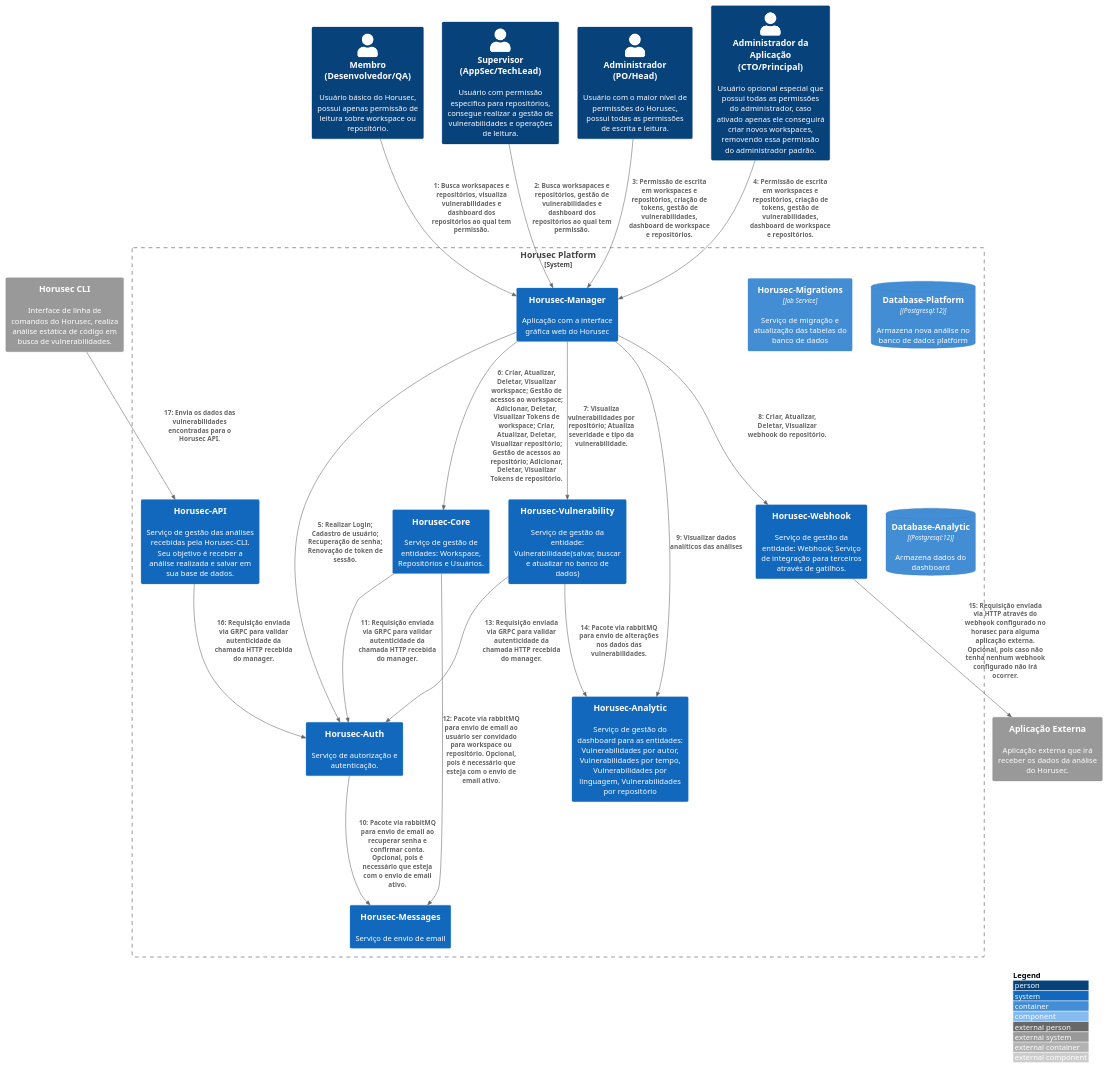
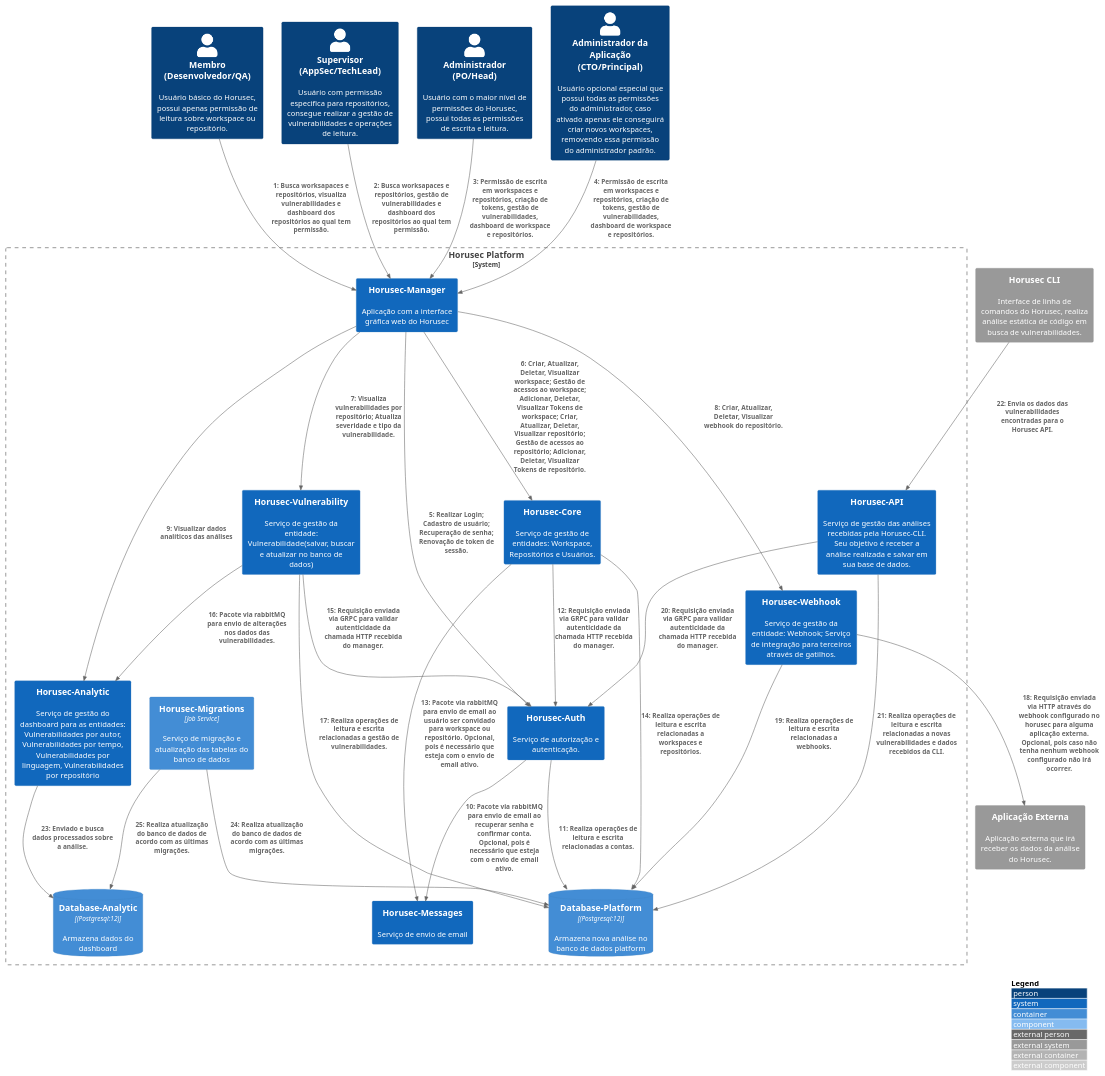
One commit to ZupIT/horusec-c4model changed the diagram in src/Horusec-Platform/C2-Model/c2.puml. Above: the diagram before and after it, drawn with PlantUML. The commit also changed 1 other file, not shown here.

```diff
--- a/src/Horusec-Platform/C2-Model/c2.puml
+++ b/src/Horusec-Platform/C2-Model/c2.puml
@@ -1,60 +1,70 @@
 @startuml horusec-platform-c2
 !include https://raw.githubusercontent.com/adrianvlupu/C4-PlantUML/latest/C4_Context.puml
 !include https://raw.githubusercontent.com/adrianvlupu/C4-PlantUML/latest/C4_Component.puml
 !include https://raw.githubusercontent.com/adrianvlupu/C4-PlantUML/latest/C4_Container.puml
 !include https://raw.githubusercontent.com/adrianvlupu/C4-PlantUML/latest/C4_Deployment.puml
 !include https://raw.githubusercontent.com/adrianvlupu/C4-PlantUML/latest/C4_Dynamic.puml
 
 LAYOUT_WITH_LEGEND()
 
 Person(developer, "Membro (Desenvolvedor/QA)", "Usuário básico do Horusec, possui apenas permissão de leitura sobre workspace ou repositório.")
 Person(supervisor, "Supervisor (AppSec/TechLead)", "Usuário com permissão especifica para repositórios, consegue realizar a gestão de vulnerabilidades e operações de leitura.")
 Person(admin, "Administrador (PO/Head)", "Usuário com o maior nível de permissões do Horusec, possui todas as permissões de escrita e leitura.")
 Person(applicationAdmin, "Administrador da Aplicação (CTO/Principal)", "Usuário opcional especial que possui todas as permissões do administrador, caso ativado apenas ele conseguirá criar novos workspaces, removendo essa permissão do administrador padrão.")
 
 System_Boundary(horusecPlatform, "Horusec Platform") {
-  System(HorusecManager, "Horusec-Manager", "Aplicação com a interface gráfica web do Horusec")
-  System(HorusecAuth, "Horusec-Auth", "Serviço de autorização e autenticação.")
-  System(HorusecCore, "Horusec-Core", "Serviço de gestão de entidades: Workspace, Repositórios e Usuários.")
-  System(HorusecVulnerability, "Horusec-Vulnerability", "Serviço de gestão da entidade: Vulnerabilidade(salvar, buscar e atualizar no banco de dados)")
-  System(HorusecWebhook, "Horusec-Webhook", "Serviço de gestão da entidade: Webhook; Serviço de integração para terceiros através de gatilhos.")
-  System(HorusecAnalytic, "Horusec-Analytic", "Serviço de gestão do dashboard para as entidades: Vulnerabilidades por autor, Vulnerabilidades por tempo, Vulnerabilidades por linguagem, Vulnerabilidades por repositório")
-  System(HorusecAPI, "Horusec-API", "Serviço de gestão das análises recebidas pela Horusec-CLI. Seu objetivo é receber a análise realizada e salvar em sua base de dados.")
-  System(HorusecMessages, "Horusec-Messages", "Serviço de envio de email")
+  System(horusecManager, "Horusec-Manager", "Aplicação com a interface gráfica web do Horusec")
+  System(horusecAuth, "Horusec-Auth", "Serviço de autorização e autenticação.")
+  System(horusecCore, "Horusec-Core", "Serviço de gestão de entidades: Workspace, Repositórios e Usuários.")
+  System(horusecVulnerability, "Horusec-Vulnerability", "Serviço de gestão da entidade: Vulnerabilidade(salvar, buscar e atualizar no banco de dados)")
+  System(horusecWebhook, "Horusec-Webhook", "Serviço de gestão da entidade: Webhook; Serviço de integração para terceiros através de gatilhos.")
+  System(horusecAnalytic, "Horusec-Analytic", "Serviço de gestão do dashboard para as entidades: Vulnerabilidades por autor, Vulnerabilidades por tempo, Vulnerabilidades por linguagem, Vulnerabilidades por repositório")
+  System(horusecAPI, "Horusec-API", "Serviço de gestão das análises recebidas pela Horusec-CLI. Seu objetivo é receber a análise realizada e salvar em sua base de dados.")
+  System(horusecMessages, "Horusec-Messages", "Serviço de envio de email")
 
-  Container(HorusecMigrations, "Horusec-Migrations", "Job Service", "Serviço de migração e atualização das tabelas do banco de dados")
+  Container(horusecMigrations, "Horusec-Migrations", "Job Service", "Serviço de migração e atualização das tabelas do banco de dados")
 
-  ContainerDb(HorusecPlatformDatabase, "Database-Platform", "(Postgresql:12)", "Armazena nova análise no banco de dados platform")
-  ContainerDb(HorusecAnalyticDatabase, "Database-Analytic", "(Postgresql:12)", "Armazena dados do dashboard")
+  ContainerDb(horusecPlatformDatabase, "Database-Platform", "(Postgresql:12)", "Armazena nova análise no banco de dados platform")
+  ContainerDb(horusecAnalyticDatabase, "Database-Analytic", "(Postgresql:12)", "Armazena dados do dashboard")
 }
 
 System_Ext(horusecCLI, "Horusec CLI", "Interface de linha de comandos do Horusec, realiza análise estática de código em busca de vulnerabilidades.")
 System_Ext(externalAPP, "Aplicação Externa", "Aplicação externa que irá receber os dados da análise do Horusec.")
 
-Rel(developer, HorusecManager, "Busca worksapaces e repositórios, visualiza vulnerabilidades e dashboard dos repositórios ao qual tem permissão.")
-Rel(supervisor, HorusecManager, "Busca worksapaces e repositórios, gestão de vulnerabilidades e dashboard dos repositórios ao qual tem permissão.")
-Rel(admin, HorusecManager, "Permissão de escrita em workspaces e repositórios, criação de tokens, gestão de vulnerabilidades, dashboard de workspace e repositórios.")
-Rel(applicationAdmin, HorusecManager, "Permissão de escrita em workspaces e repositórios, criação de tokens, gestão de vulnerabilidades, dashboard de workspace e repositórios.")
+Rel(developer, horusecManager, "Busca worksapaces e repositórios, visualiza vulnerabilidades e dashboard dos repositórios ao qual tem permissão.")
+Rel(supervisor, horusecManager, "Busca worksapaces e repositórios, gestão de vulnerabilidades e dashboard dos repositórios ao qual tem permissão.")
+Rel(admin, horusecManager, "Permissão de escrita em workspaces e repositórios, criação de tokens, gestão de vulnerabilidades, dashboard de workspace e repositórios.")
+Rel(applicationAdmin, horusecManager, "Permissão de escrita em workspaces e repositórios, criação de tokens, gestão de vulnerabilidades, dashboard de workspace e repositórios.")
 
 
-Rel(HorusecManager, HorusecAuth, "Realizar Login; Cadastro de usuário; Recuperação de senha; Renovação de token de sessão.")
-Rel(HorusecManager, HorusecCore, "Criar, Atualizar, Deletar, Visualizar workspace; Gestão de acessos ao workspace; Adicionar, Deletar, Visualizar Tokens de workspace; Criar, Atualizar, Deletar, Visualizar repositório; Gestão de acessos ao repositório; Adicionar, Deletar, Visualizar Tokens de repositório.")
-Rel(HorusecManager, HorusecVulnerability, "Visualiza vulnerabilidades por repositório; Atualiza severidade e tipo da vulnerabilidade.")
-Rel(HorusecManager, HorusecWebhook, "Criar, Atualizar, Deletar, Visualizar webhook do repositório.")
-Rel(HorusecManager, HorusecAnalytic, "Visualizar dados analíticos das análises")
+Rel(horusecManager, horusecAuth, "Realizar Login; Cadastro de usuário; Recuperação de senha; Renovação de token de sessão.")
+Rel(horusecManager, horusecCore, "Criar, Atualizar, Deletar, Visualizar workspace; Gestão de acessos ao workspace; Adicionar, Deletar, Visualizar Tokens de workspace; Criar, Atualizar, Deletar, Visualizar repositório; Gestão de acessos ao repositório; Adicionar, Deletar, Visualizar Tokens de repositório.")
+Rel(horusecManager, horusecVulnerability, "Visualiza vulnerabilidades por repositório; Atualiza severidade e tipo da vulnerabilidade.")
+Rel(horusecManager, horusecWebhook, "Criar, Atualizar, Deletar, Visualizar webhook do repositório.")
+Rel(horusecManager, horusecAnalytic, "Visualizar dados analíticos das análises")
 
-Rel(HorusecAuth, HorusecMessages, "Pacote via rabbitMQ para envio de email ao recuperar senha e confirmar conta. Opcional, pois é necessário que esteja com o envio de email ativo.")
+Rel(horusecAuth, horusecMessages, "Pacote via rabbitMQ para envio de email ao recuperar senha e confirmar conta. Opcional, pois é necessário que esteja com o envio de email ativo.")
+Rel(horusecAuth, horusecPlatformDatabase, "Realiza operações de leitura e escrita relacionadas a contas.")
 
-Rel(HorusecCore, HorusecAuth, "Requisição enviada via GRPC para validar autenticidade da chamada HTTP recebida do manager.")
-Rel(HorusecCore, HorusecMessages, "Pacote via rabbitMQ para envio de email ao usuário ser convidado para workspace ou repositório. Opcional, pois é necessário que esteja com o envio de email ativo.")
+Rel(horusecCore, horusecAuth, "Requisição enviada via GRPC para validar autenticidade da chamada HTTP recebida do manager.")
+Rel(horusecCore, horusecMessages, "Pacote via rabbitMQ para envio de email ao usuário ser convidado para workspace ou repositório. Opcional, pois é necessário que esteja com o envio de email ativo.")
+Rel(horusecCore, horusecPlatformDatabase, "Realiza operações de leitura e escrita relacionadas a workspaces e repositórios.")
 
-Rel(HorusecVulnerability, HorusecAuth, "Requisição enviada via GRPC para validar autenticidade da chamada HTTP recebida do manager.")
-Rel(HorusecVulnerability, HorusecAnalytic, "Pacote via rabbitMQ para envio de alterações nos dados das vulnerabilidades.")
+Rel(horusecVulnerability, horusecAuth, "Requisição enviada via GRPC para validar autenticidade da chamada HTTP recebida do manager.")
+Rel(horusecVulnerability, horusecAnalytic, "Pacote via rabbitMQ para envio de alterações nos dados das vulnerabilidades.")
+Rel(horusecVulnerability, horusecPlatformDatabase, "Realiza operações de leitura e escrita relacionadas a gestão de vulnerabilidades.")
 
-Rel(HorusecWebhook, externalAPP, "Requisição enviada via HTTP através do webhook configurado no horusec para alguma aplicação externa. Opcional, pois caso não tenha nenhum webhook configurado não irá ocorrer.")
+Rel(horusecWebhook, externalAPP, "Requisição enviada via HTTP através do webhook configurado no horusec para alguma aplicação externa. Opcional, pois caso não tenha nenhum webhook configurado não irá ocorrer.")
+Rel(horusecWebhook, horusecPlatformDatabase, "Realiza operações de leitura e escrita relacionadas a webhooks.")
 
-Rel(HorusecAPI, HorusecAuth, "Requisição enviada via GRPC para validar autenticidade da chamada HTTP recebida do manager.")
+Rel(horusecAPI, horusecAuth, "Requisição enviada via GRPC para validar autenticidade da chamada HTTP recebida do manager.")
+Rel(horusecAPI, horusecPlatformDatabase, "Realiza operações de leitura e escrita relacionadas a novas vulnerabilidades e dados recebidos da CLI.")
 
-Rel(horusecCLI, HorusecAPI, "Envia os dados das vulnerabilidades encontradas para o Horusec API.")
+Rel(horusecCLI, horusecAPI, "Envia os dados das vulnerabilidades encontradas para o Horusec API.")
+
+Rel(horusecAnalytic, horusecAnalyticDatabase, "Enviado e busca dados processados sobre a análise.")
+
+Rel(horusecMigrations, horusecPlatformDatabase, "Realiza atualização do banco de dados de acordo com as últimas migrações.")
+Rel(horusecMigrations, horusecAnalyticDatabase, "Realiza atualização do banco de dados de acordo com as últimas migrações.")
 
 @enduml
```
